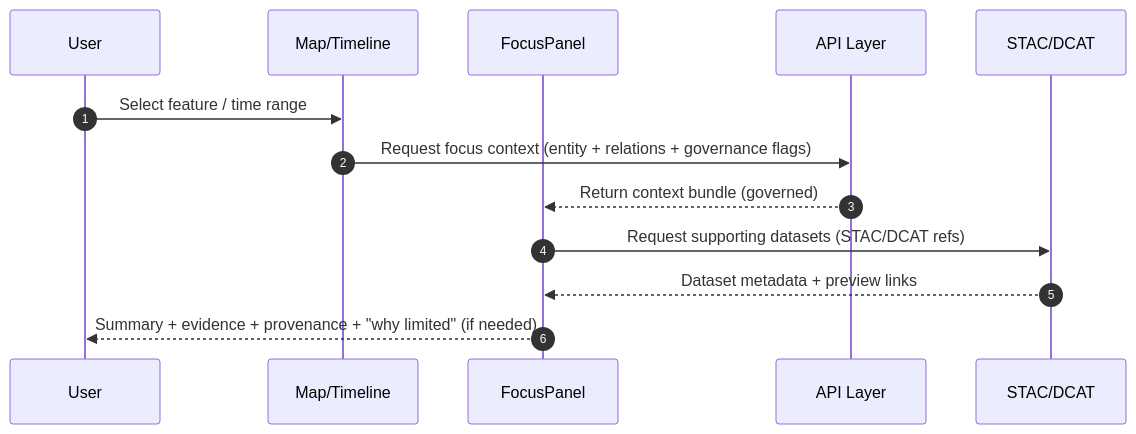
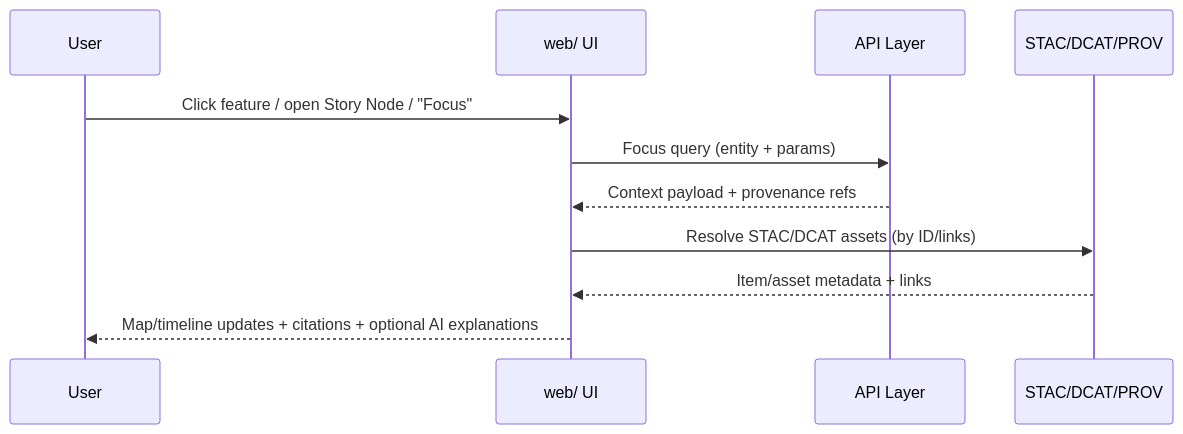
One commit to bartytime4life/Kansas-Frontier-Matrix changed the second of 2 diagrams in web/README.md. Above: the diagram before and after it, drawn with Mermaid. The commit also changed other lines of this file, not shown here.

```diff
--- a/web/README.md
+++ b/web/README.md
@@ -301,16 +144,13 @@
 ~~~mermaid
 sequenceDiagram
-  autonumber
-  participant U as User
-  participant M as Map/Timeline
-  participant F as FocusPanel
-  participant A as API Layer
-  participant C as STAC/DCAT
-
-  U->>M: Select feature / time range
-  M->>A: Request focus context (entity + relations + governance flags)
-  A-->>F: Return context bundle (governed)
-  F->>C: Request supporting datasets (STAC/DCAT refs)
-  C-->>F: Dataset metadata + preview links
-  F-->>U: Summary + evidence + provenance + "why limited" (if needed)
+  participant User
+  participant Web as web/ UI
+  participant API as API Layer
+  participant Cat as STAC/DCAT/PROV
+  User->>Web: Click feature / open Story Node / "Focus"
+  Web->>API: Focus query (entity + params)
+  API-->>Web: Context payload + provenance refs
+  Web->>Cat: Resolve STAC/DCAT assets (by ID/links)
+  Cat-->>Web: Item/asset metadata + links
+  Web-->>User: Map/timeline updates + citations + optional AI explanations
 ~~~
```
